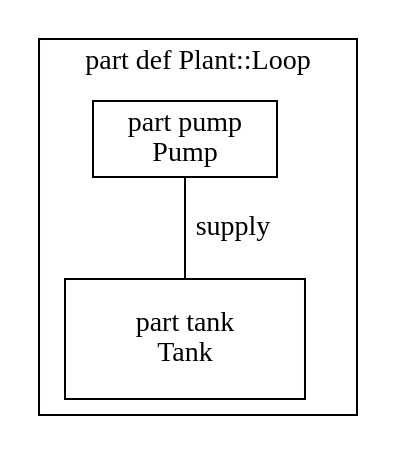
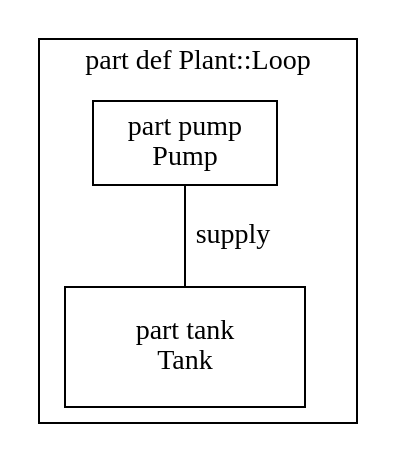
The second of 2 diagrams in docs/project/view-rendering-forms.md (Open-MBEE/OpenSysML), drawn with Graphviz before and after one commit. The commit also changed other lines of this file and 7 other files, not shown here.

````diff
--- a/docs/project/view-rendering-forms.md
+++ b/docs/project/view-rendering-forms.md
@@ -115,18 +115,18 @@
 ```dot
 // view: PlantViews::placedView
 // kind: interconnection
 // stated: render asInterconnectionDiagram
 // canvas: unit=px w=1200 h=800
 // layout: neato
 digraph "PlantViews::placedView" {
   graph [inputscale=72, dpi=72, size="16.666666666666668,11.11111111111111"];
   node [shape=box];
   subgraph "cluster_n0" {
     label="part def Plant::Loop";
     "n0" [shape=point, style=invis, width=0, height=0, label=""];
-    "n1" [label="part pump\nPump", pos="327,742!", pin=true, comment="collapsed"];
+    "n1" [label="part pump\nPump", pos="346,739!", pin=true, width=1.2777777777777777, height=0.5833333333333334, comment="collapsed"];
     "n2" [label="part tank\nTank", pos="560,730!", pin=true, width=1.6666666666666667, height=0.8333333333333334, fixedsize=true];
   }
   "n1" -> "n2" [label="supply", arrowhead=none, pos="400,730 400,730 450,680 450,680 450,680 500,730 500,730"];
 }
 ```
````
